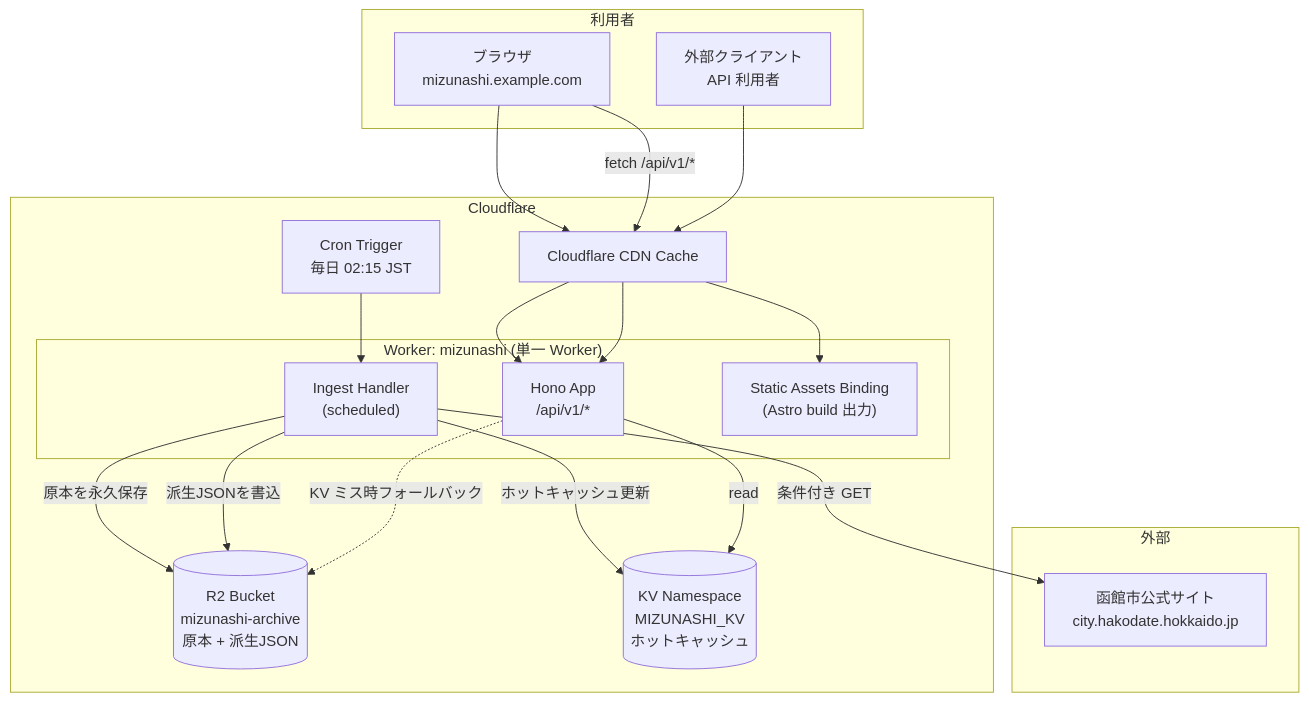
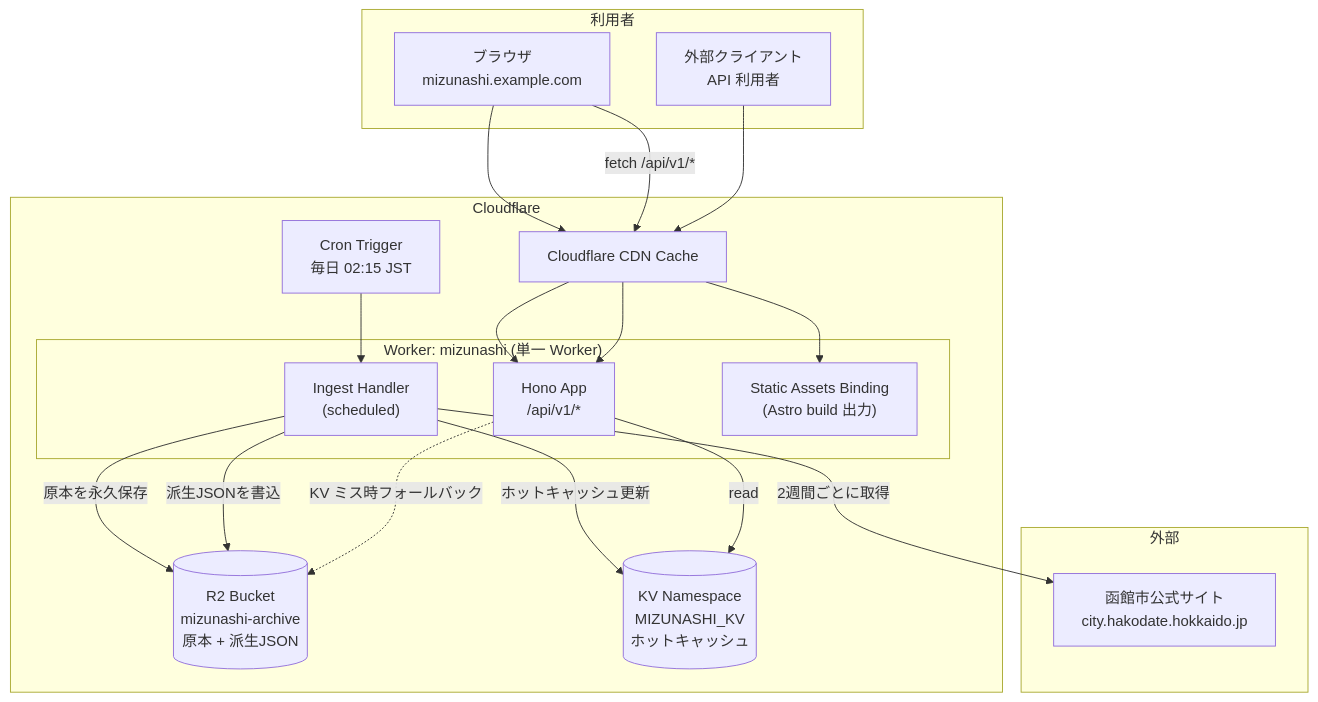
One commit to otnc/mizunashi-scheduler changed the first of 3 diagrams in docs/DESIGN.md. Above: the diagram before and after it, drawn with Mermaid. The commit also changed other lines of this file and 3 other files, not shown here.

````diff
--- a/docs/DESIGN.md
+++ b/docs/DESIGN.md
@@ -466,37 +466,37 @@
 ```mermaid
 graph TB
     subgraph External["外部"]
         HAKODATE["函館市公式サイト<br/>city.hakodate.hokkaido.jp"]
     end
 
     subgraph CF["Cloudflare"]
         CRON["Cron Trigger<br/>毎日 02:15 JST"]
 
         subgraph W["Worker: mizunashi (単一 Worker)"]
             ING["Ingest Handler<br/>(scheduled)"]
             API["Hono App<br/>/api/v1/*"]
             ASSETS["Static Assets Binding<br/>(Astro build 出力)"]
         end
 
         R2[("R2 Bucket<br/>mizunashi-archive<br/>原本 + 派生JSON")]
         KV[("KV Namespace<br/>MIZUNASHI_KV<br/>ホットキャッシュ")]
         CACHE["Cloudflare CDN Cache"]
     end
 
     subgraph Users["利用者"]
         BROWSER["ブラウザ<br/>mizunashi.example.com"]
         CLIENT["外部クライアント<br/>API 利用者"]
     end
 
     CRON --> ING
-    ING -->|条件付き GET| HAKODATE
+    ING -->|2週間ごとに取得| HAKODATE
     ING -->|原本を永久保存| R2
     ING -->|派生JSONを書込| R2
     ING -->|ホットキャッシュ更新| KV
 
     BROWSER --> CACHE --> ASSETS
     BROWSER -->|fetch /api/v1/*| CACHE --> API
     CLIENT --> CACHE --> API
     API -->|read| KV
     API -.->|KV ミス時フォールバック| R2
 ```
````
